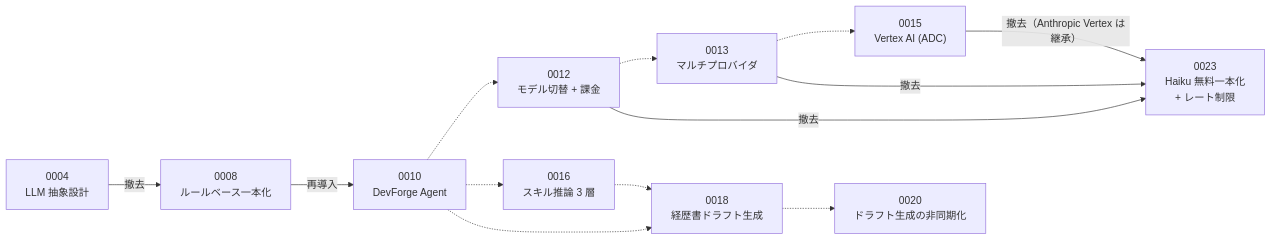
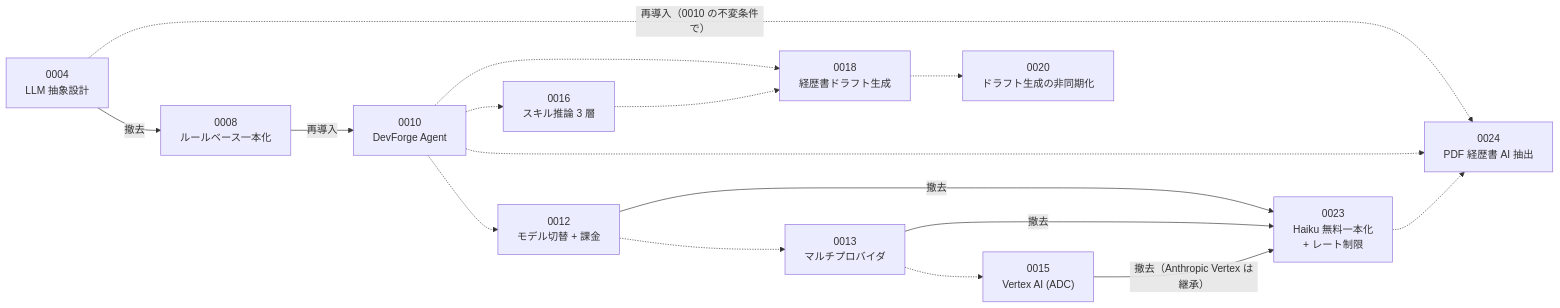
One commit to yusuke0610/devforge changed the first of 4 diagrams in docs/adr/README.md. Above: the diagram before and after it, drawn with Mermaid. The commit also changed other lines of this file and 1 other file, not shown here.

First line of the commit message:
docs(adr): 手持ち PDF 経歴書のフォーム流し込み ADR を起票（ADR-0024 / #526）

````diff
--- a/docs/adr/README.md
+++ b/docs/adr/README.md
@@ -66,15 +68,18 @@
 ```mermaid
 graph LR
     A0004["0004<br/>LLM 抽象設計"] -->|"撤去"| A0008["0008<br/>ルールベース一本化"]
     A0008 -->|"再導入"| A0010["0010<br/>DevForge Agent"]
     A0010 -.-> A0012["0012<br/>モデル切替 + 課金"]
     A0012 -.-> A0013["0013<br/>マルチプロバイダ"]
     A0013 -.-> A0015["0015<br/>Vertex AI (ADC)"]
     A0012 -->|"撤去"| A0023["0023<br/>Haiku 無料一本化<br/>+ レート制限"]
     A0013 -->|"撤去"| A0023
     A0015 -->|"撤去（Anthropic Vertex は継承）"| A0023
     A0010 -.-> A0016["0016<br/>スキル推論 3 層"]
     A0010 -.-> A0018["0018<br/>経歴書ドラフト生成"]
     A0016 -.-> A0018
     A0018 -.-> A0020["0020<br/>ドラフト生成の非同期化"]
+    A0004 -.->|"再導入（0010 の不変条件で）"| A0024["0024<br/>PDF 経歴書 AI 抽出"]
+    A0010 -.-> A0024
+    A0023 -.-> A0024
 ```
````
